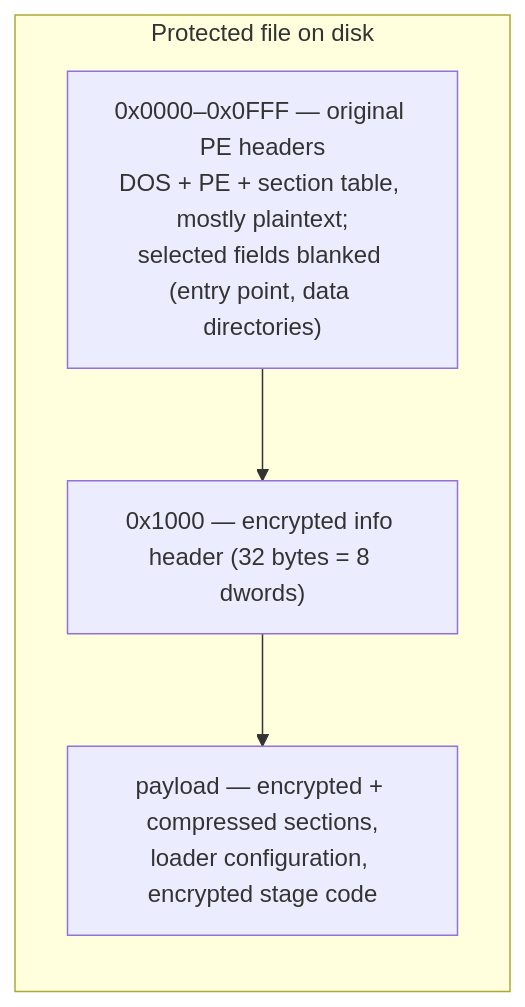
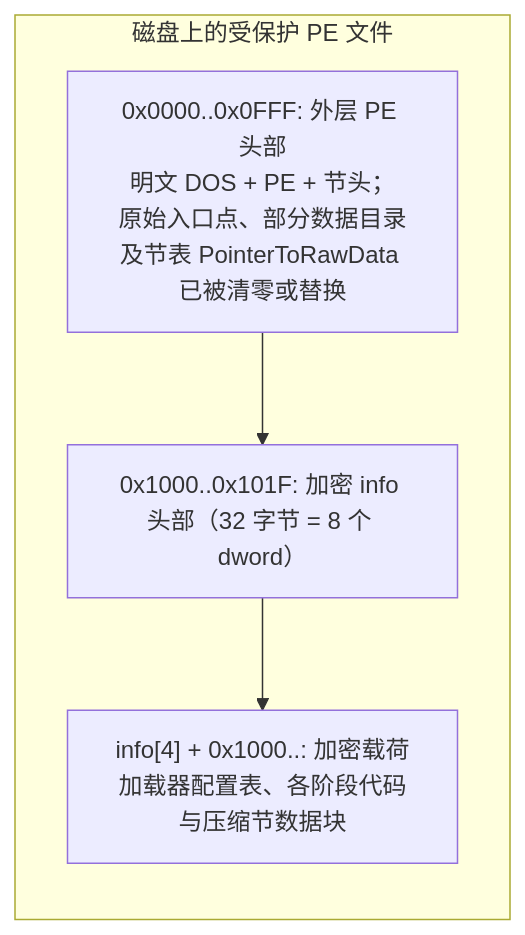
One commit to Momoko-Ayase/crackproof-research changed the diagram in internals/windows/zh-cn/file-structure/container-layout.md. Above: the diagram before and after it, drawn with Mermaid. The commit also changed other lines of this file and 446 other files, not shown here.

````diff
--- a/internals/windows/zh-cn/file-structure/container-layout.md
+++ b/internals/windows/zh-cn/file-structure/container-layout.md
@@ -11,10 +12,10 @@
 ```mermaid
 flowchart TB
-    subgraph FILE["Protected file on disk"]
+    subgraph FILE["磁盘上的受保护 PE 文件"]
         direction TB
-        H["0x0000–0x0FFF — original PE headers<br/>DOS + PE + section table, mostly plaintext;<br/>selected fields blanked (entry point, data directories)"]
-        I["0x1000 — encrypted info header (32 bytes = 8 dwords)"]
-        P["payload — encrypted + compressed sections,<br/>loader configuration, encrypted stage code"]
+        H["0x0000..0x0FFF: 外层 PE 头部<br/>明文 DOS + PE + 节头；<br/>原始入口点、部分数据目录及节表 PointerToRawData 已被清零或替换"]
+        I["0x1000..0x101F: 加密 info 头部（32 字节 = 8 个 dword）"]
+        P["info[4] + 0x1000..: 加密载荷<br/>加载器配置表、各阶段代码与压缩节数据块"]
     end
     H --> I --> P
 ```
````
